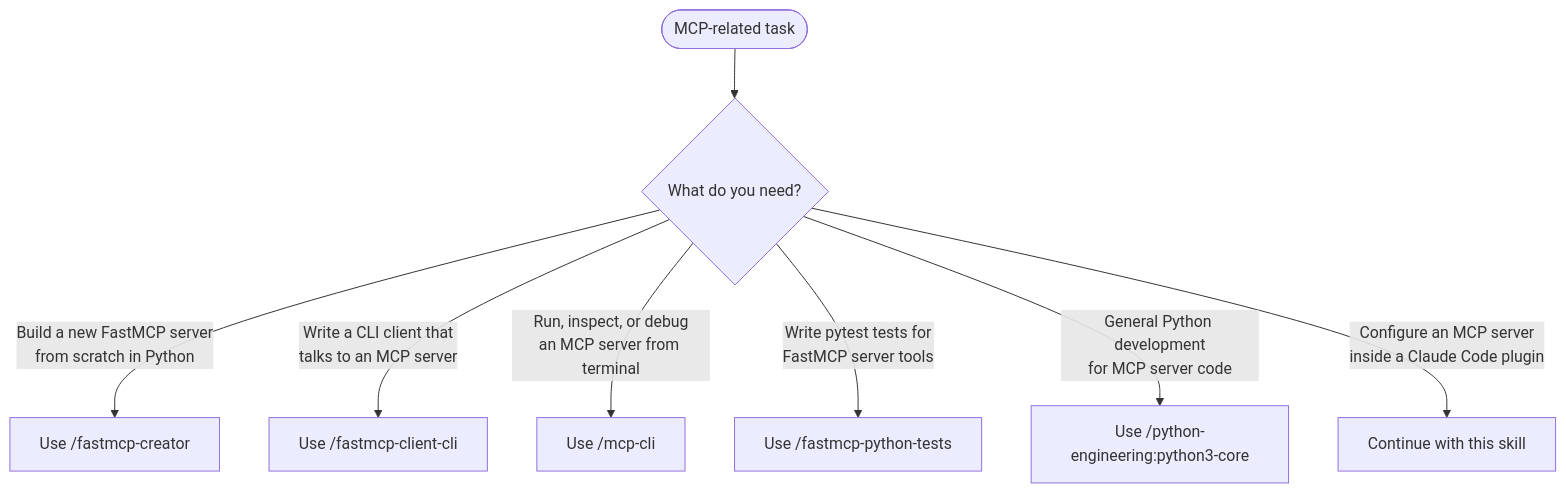
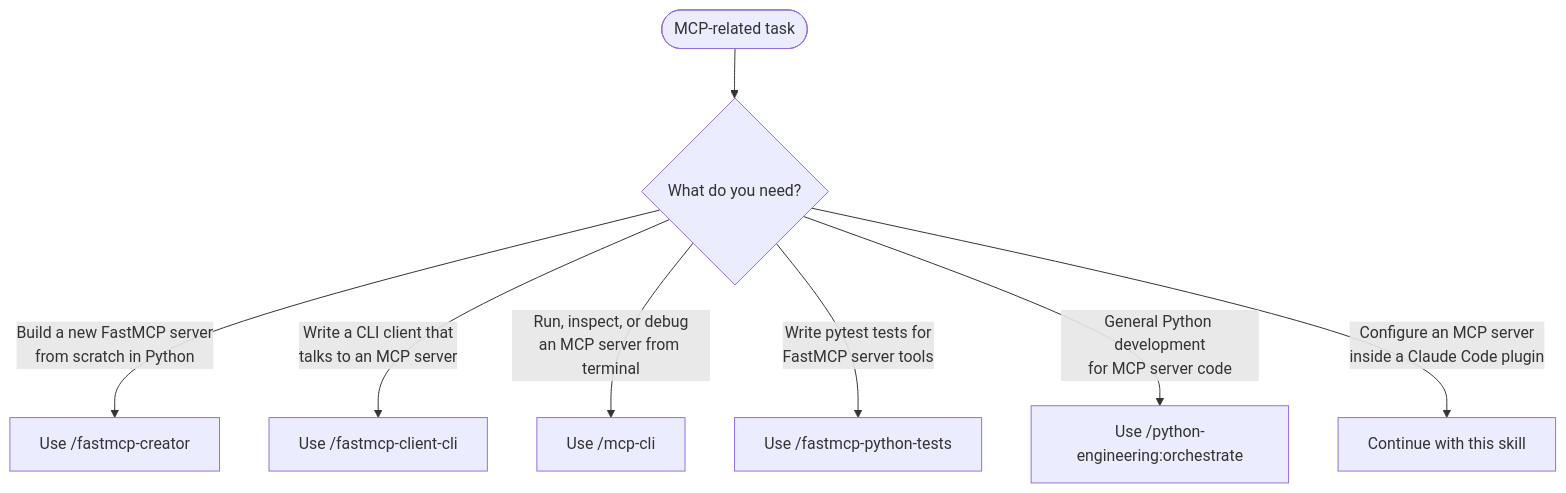
One commit to Jamie-BitFlight/claude_skills changed the first of 4 diagrams in plugins/plugin-creator/skills/mcp-integration/SKILL.md. Above: the diagram before and after it, drawn with Mermaid. The commit also changed other lines of this file, not shown here.

Commit message:
docs(plugin-creator): route MCP Python development through orchestrator

````diff
--- a/plugins/plugin-creator/skills/mcp-integration/SKILL.md
+++ b/plugins/plugin-creator/skills/mcp-integration/SKILL.md
@@ -12,10 +12,10 @@
 ```mermaid
 flowchart TD
     Start(["MCP-related task"]) --> Q1{What do you need?}
     Q1 -->|"Build a new FastMCP server<br>from scratch in Python"| FastMCP["Use /fastmcp-creator"]
     Q1 -->|"Write a CLI client that<br>talks to an MCP server"| ClientCLI["Use /fastmcp-client-cli"]
     Q1 -->|"Run, inspect, or debug<br>an MCP server from terminal"| MCPCLI["Use /mcp-cli"]
     Q1 -->|"Write pytest tests for<br>FastMCP server tools"| Tests["Use /fastmcp-python-tests"]
-    Q1 -->|"General Python development<br>for MCP server code"| PyDev["Use /python-engineering:python3-core"]
+    Q1 -->|"General Python development<br>for MCP server code"| PyDev["Use /python-engineering:orchestrate"]
     Q1 -->|"Configure an MCP server<br>inside a Claude Code plugin"| ThisSkill["Continue with this skill"]
 ```
````
